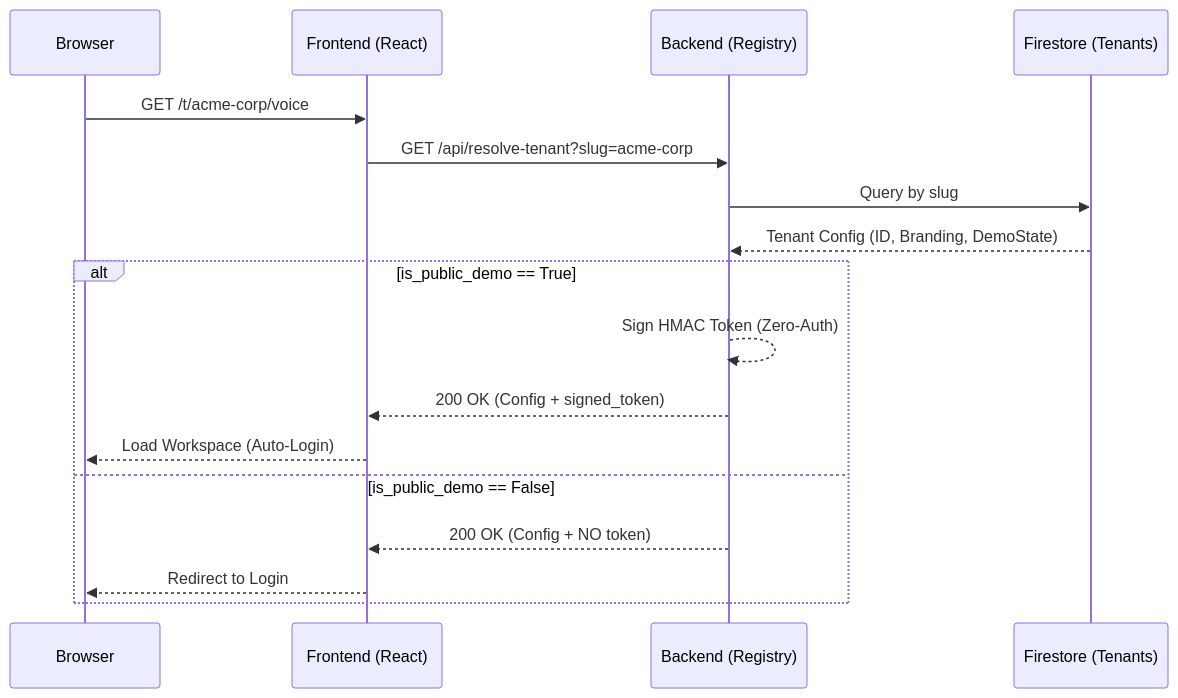
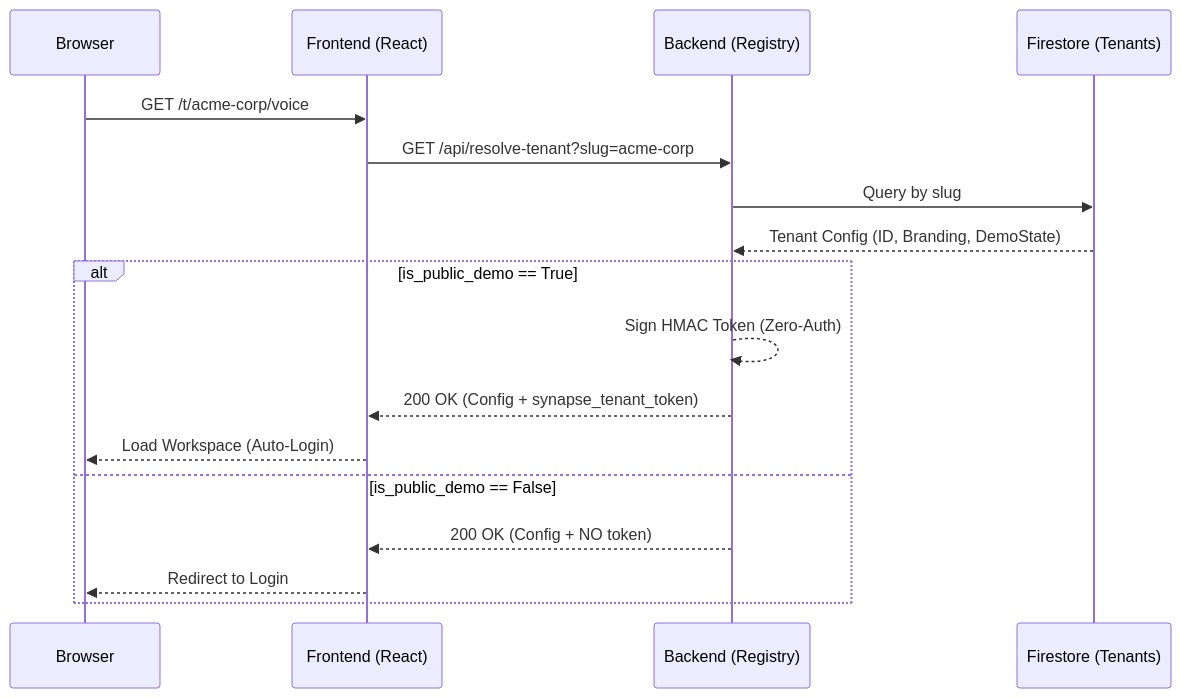
One commit to aroucadi/handoff_agent changed the diagram in docs/MULTI_TENANCY.md. Above: the diagram before and after it, drawn with Mermaid. The commit also changed other lines of this file and 1 other file, not shown here.

Commit message:
Hardening: Final documentation and model field alignment for synapse_tenant_token.

````diff
--- a/docs/MULTI_TENANCY.md
+++ b/docs/MULTI_TENANCY.md
@@ -16,21 +16,21 @@
 ```mermaid
 sequenceDiagram
     participant User as Browser
     participant FE as Frontend (React)
     participant BE as Backend (Registry)
     participant FS as Firestore (Tenants)
 
     User->>FE: GET /t/acme-corp/voice
     FE->>BE: GET /api/resolve-tenant?slug=acme-corp
     BE->>FS: Query by slug
     FS-->>BE: Tenant Config (ID, Branding, DemoState)
     
     alt is_public_demo == True
         BE-->>BE: Sign HMAC Token (Zero-Auth)
-        BE-->>FE: 200 OK (Config + signed_token)
+        BE-->>FE: 200 OK (Config + synapse_tenant_token)
         FE-->>User: Load Workspace (Auto-Login)
     else is_public_demo == False
         BE-->>FE: 200 OK (Config + NO token)
         FE-->>User: Redirect to Login
     end
 ```
````
